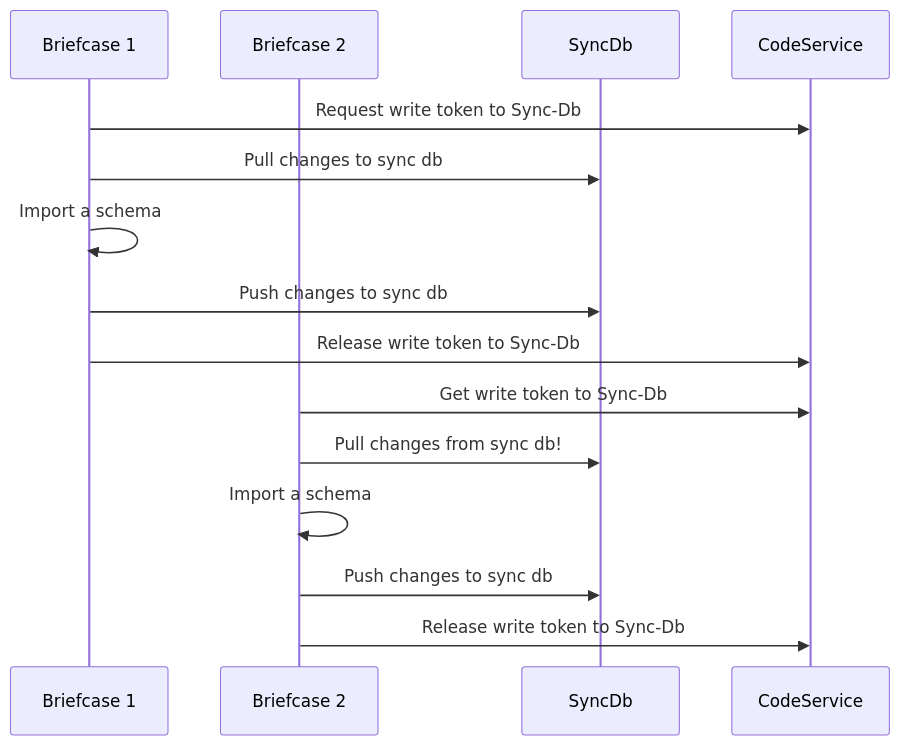
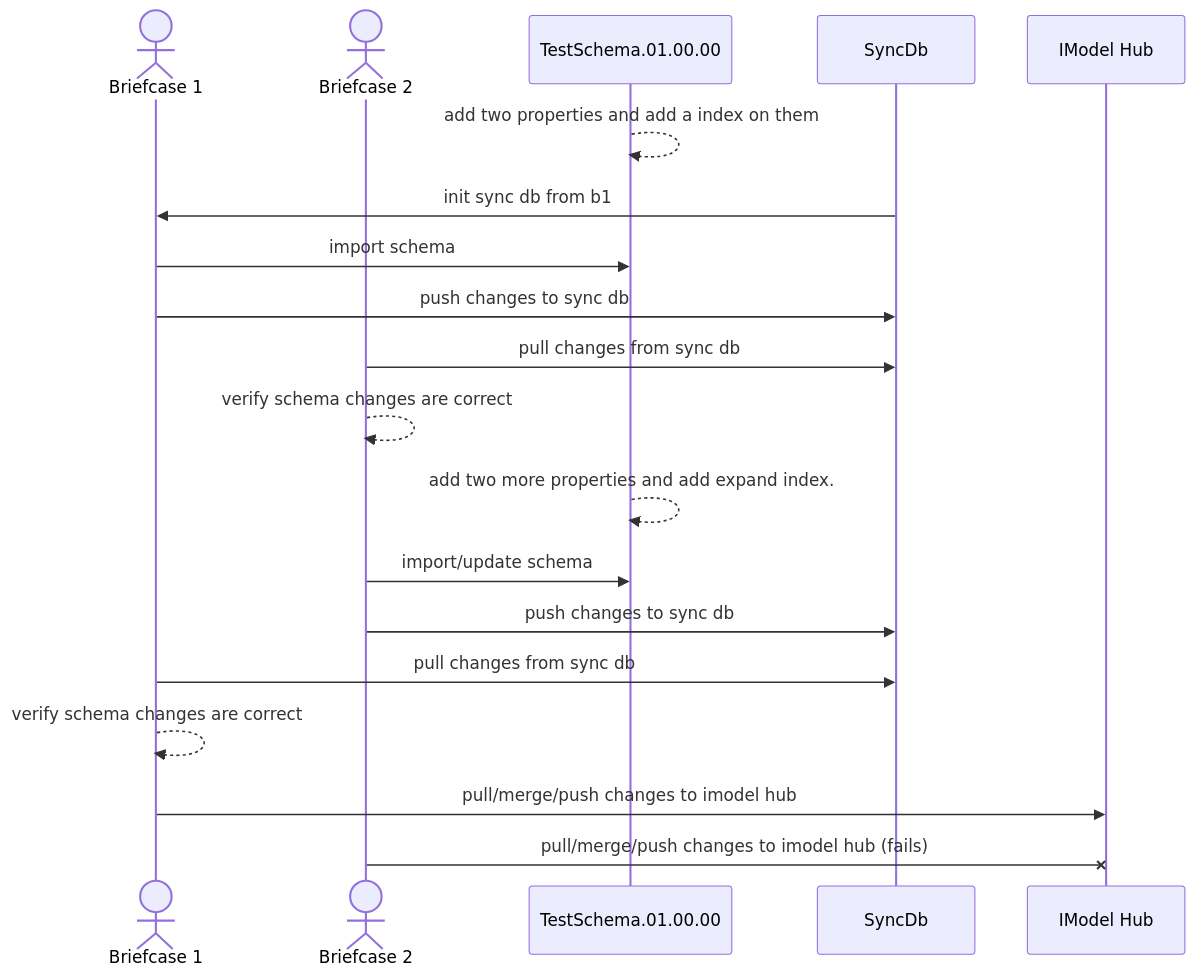
The diagram in iModelCore/ECDb/LiveSync.md (iTwin/imodel-native), drawn with Mermaid before and after one commit. The commit also changed other lines of this file, not shown here.

Commit message:
update sequence diagram for test

````diff
--- a/iModelCore/ECDb/LiveSync.md
+++ b/iModelCore/ECDb/LiveSync.md
@@ -23,19 +7,24 @@
 ```mermaid
 sequenceDiagram
-    participant b1 as Briefcase 1
-    participant b2 as Briefcase 2
+
+    actor b1 as Briefcase 1
+    actor b2 as Briefcase 2
+
+    participant sc as TestSchema.01.00.00
     participant sy as SyncDb
-    participant cs as CodeService
-    b1->>cs: Request write token to Sync-Db
-    b1->>sy: Pull changes to sync db
-    b1->>b1: Import a schema
-    b1->>sy: Push changes to sync db
-    b1->>cs: Release write token to Sync-Db
-    b2->>cs: Get write token to Sync-Db
-    b2->>sy: Pull changes from sync db!
-    b2->>b2: Import a schema
-    b2->>sy: Push changes to sync db
-    b2->>cs: Release write token to Sync-Db
+    participant hb as IModel Hub
 
-
+    sc-->>sc: add two properties and add a index on them
+    sy->>b1 : init sync db from b1
+    b1->>sc : import schema
+    b1->>sy : push changes to sync db
+    b2->>sy : pull changes from sync db
+    b2-->>b2: verify schema changes are correct
+    sc-->>sc: add two more properties and add expand index.
+    b2->>sc : import/update schema
+    b2->>sy : push changes to sync db
+    b1->>sy : pull changes from sync db
+    b1-->>b1: verify schema changes are correct
+    b1->>hb : pull/merge/push changes to imodel hub
+    b2-x hb : pull/merge/push changes to imodel hub (fails)
 ```
````
